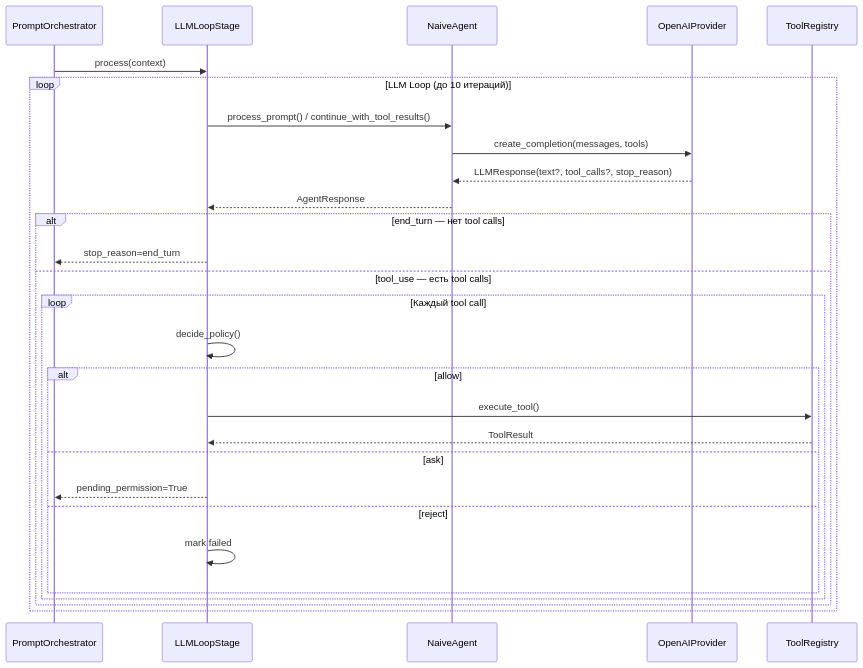
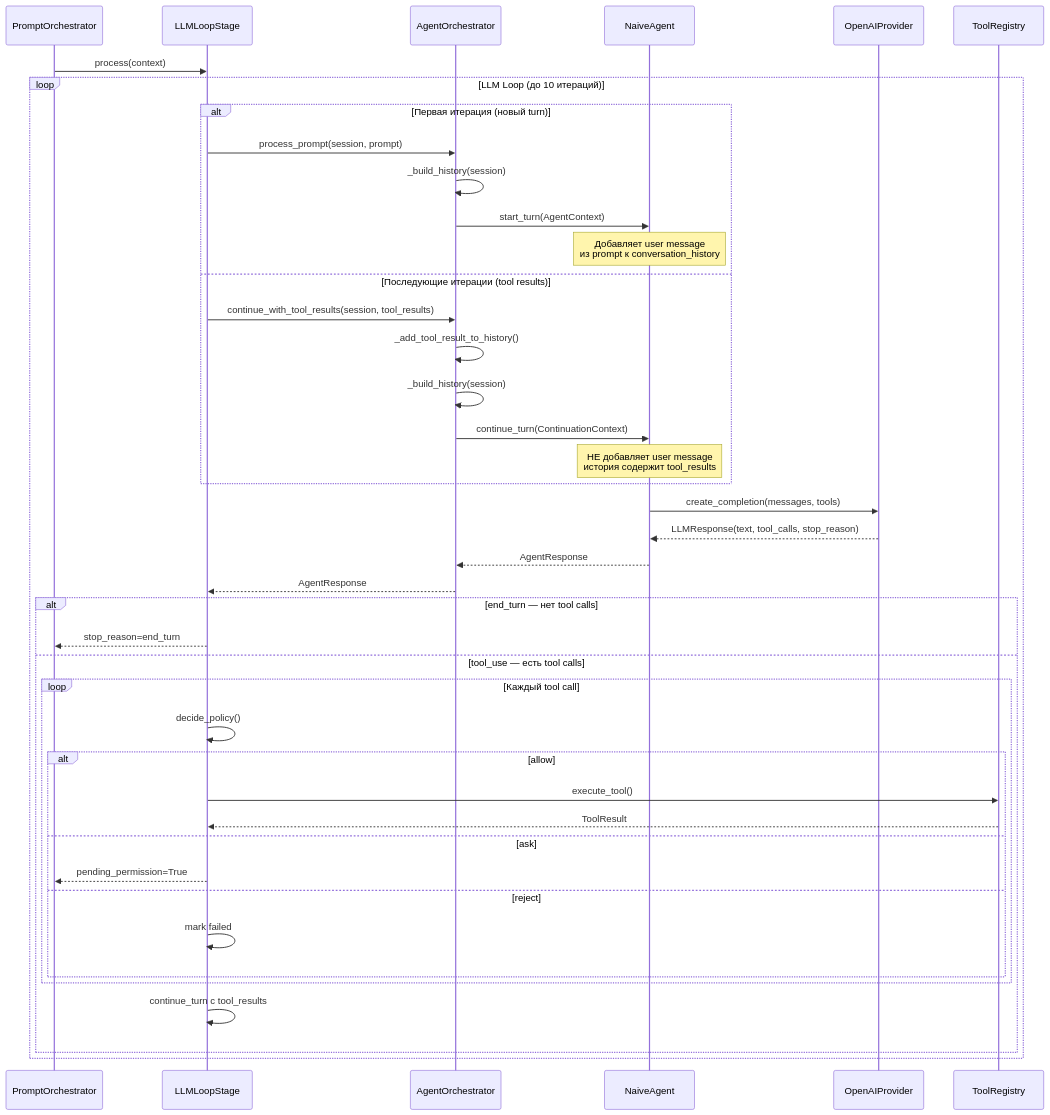
One commit to pese-git/codelab-ai changed the fourth of 6 diagrams in doc/architecture/ACP_IMPLEMENTATION_VERIFICATION.md. Above: the diagram before and after it, drawn with Mermaid. The commit also changed other lines of this file and 2 other files, not shown here.

First line of the commit message:
docs: update architecture diagrams and docs for LLMAgent refactoring

````diff
--- a/doc/architecture/ACP_IMPLEMENTATION_VERIFICATION.md
+++ b/doc/architecture/ACP_IMPLEMENTATION_VERIFICATION.md
@@ -319,33 +333,47 @@
 ```mermaid
 sequenceDiagram
     participant PO as PromptOrchestrator
     participant LL as LLMLoopStage
+    participant ORCH as AgentOrchestrator
     participant AG as NaiveAgent
     participant LLM as OpenAIProvider
     participant TR as ToolRegistry
 
     PO->>LL: process(context)
 
     loop LLM Loop (до 10 итераций)
-        LL->>AG: process_prompt() / continue_with_tool_results()
+        alt Первая итерация (новый turn)
+            LL->>ORCH: process_prompt(session, prompt)
+            ORCH->>ORCH: _build_history(session)
+            ORCH->>AG: start_turn(AgentContext)
+            Note over AG: Добавляет user message<br/>из prompt к conversation_history
+        else Последующие итерации (tool results)
+            LL->>ORCH: continue_with_tool_results(session, tool_results)
+            ORCH->>ORCH: _add_tool_result_to_history()
+            ORCH->>ORCH: _build_history(session)
+            ORCH->>AG: continue_turn(ContinuationContext)
+            Note over AG: НЕ добавляет user message<br/>история содержит tool_results
+        end
         AG->>LLM: create_completion(messages, tools)
-        LLM-->>AG: LLMResponse(text?, tool_calls?, stop_reason)
-        AG-->>LL: AgentResponse
+        LLM-->>AG: LLMResponse(text, tool_calls, stop_reason)
+        AG-->>ORCH: AgentResponse
+        ORCH-->>LL: AgentResponse
 
         alt end_turn — нет tool calls
             LL-->>PO: stop_reason=end_turn
         else tool_use — есть tool calls
             loop Каждый tool call
                 LL->>LL: decide_policy()
                 alt allow
                     LL->>TR: execute_tool()
                     TR-->>LL: ToolResult
                 else ask
                     LL-->>PO: pending_permission=True
                 else reject
                     LL->>LL: mark failed
                 end
             end
+            LL->>LL: continue_turn с tool_results
         end
     end
 ```
````
